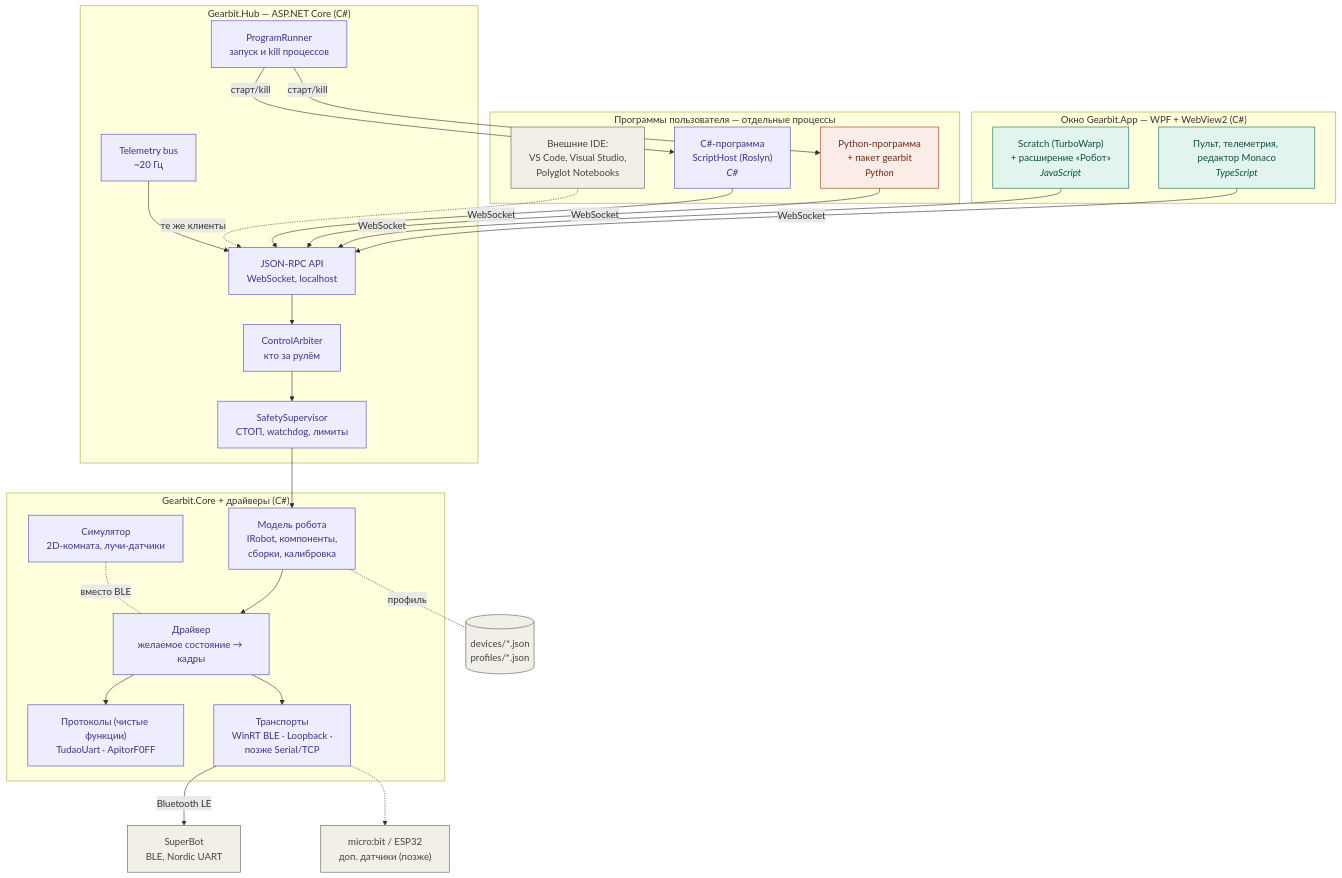
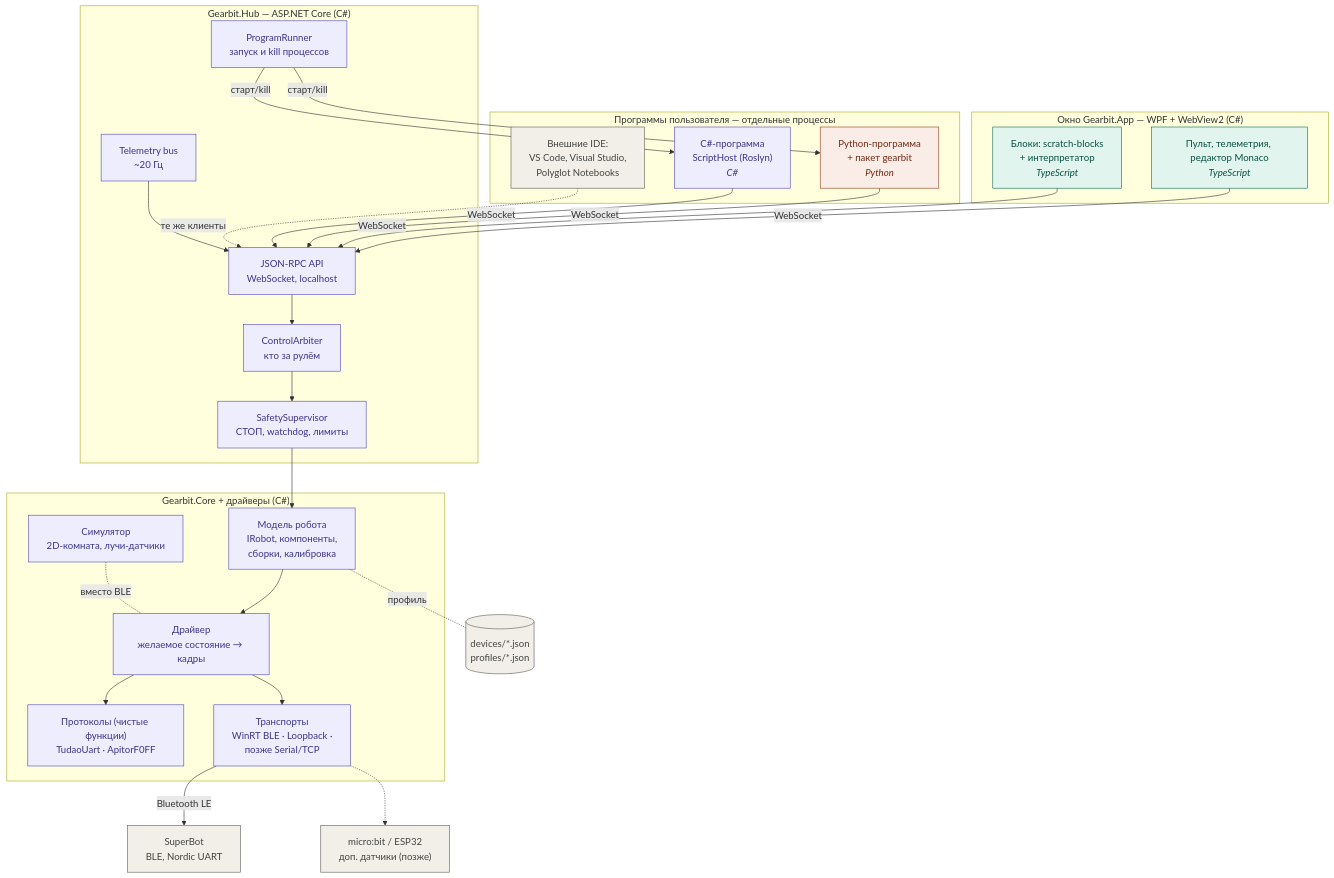
The first of 3 diagrams in docs/ARCHITECTURE.md (EugeneSoftwareDeveloper/Gearbit), drawn with Mermaid before and after one commit. The commit also changed other lines of this file and 34 other files, not shown here.

First line of the commit message:
Вкладка «Блоки»: программирование робота блоками в стиле Scratch

````diff
--- a/docs/ARCHITECTURE.md
+++ b/docs/ARCHITECTURE.md
@@ -9,55 +9,55 @@
 ```mermaid
 flowchart TB
     subgraph WIN["Окно Gearbit.App — WPF + WebView2 (C#)"]
         UI["Пульт, телеметрия, редактор Monaco<br/><i>TypeScript</i>"]
-        SCR["Scratch (TurboWarp)<br/>+ расширение «Робот»<br/><i>JavaScript</i>"]
+        SCR["Блоки: scratch-blocks<br/>+ интерпретатор<br/><i>TypeScript</i>"]
     end
 
     subgraph PROC["Программы пользователя — отдельные процессы"]
         PY["Python-программа<br/>+ пакет gearbit<br/><i>Python</i>"]
         CS["C#-программа<br/>ScriptHost (Roslyn)<br/><i>C#</i>"]
         IDE["Внешние IDE:<br/>VS Code, Visual Studio,<br/>Polyglot Notebooks"]
     end
 
     subgraph HUB["Gearbit.Hub — ASP.NET Core (C#)"]
         RPC["JSON-RPC API<br/>WebSocket, localhost"]
         ARB["ControlArbiter<br/>кто за рулём"]
         SAFE["SafetySupervisor<br/>СТОП, watchdog, лимиты"]
         TEL["Telemetry bus<br/>~20 Гц"]
         RUN["ProgramRunner<br/>запуск и kill процессов"]
     end
 
     subgraph CORE["Gearbit.Core + драйверы (C#)"]
         MODEL["Модель робота<br/>IRobot, компоненты,<br/>сборки, калибровка"]
         DRV["Драйвер<br/>желаемое состояние → кадры"]
         PROTO["Протоколы (чистые функции)<br/>TudaoUart · ApitorF0FF"]
         TR["Транспорты<br/>WinRT BLE · Loopback ·<br/>позже Serial/TCP"]
         SIM["Симулятор<br/>2D-комната, лучи-датчики"]
     end
 
     JSON[("devices/*.json<br/>profiles/*.json")]
     BOT["SuperBot<br/>BLE, Nordic UART"]
     EXT["micro:bit / ESP32<br/>доп. датчики (позже)"]
 
     UI & SCR -->|WebSocket| RPC
     PY & CS -->|WebSocket| RPC
     IDE -.->|те же клиенты| RPC
     RPC --> ARB --> SAFE --> MODEL
     TEL --> RPC
     RUN -->|старт/kill| PY & CS
     MODEL --> DRV --> PROTO
     DRV --> TR
     MODEL -. профиль .- JSON
     TR -->|Bluetooth LE| BOT
     TR -.-> EXT
     SIM -. вместо BLE .- DRV
 
     classDef cs fill:#EEEDFE,stroke:#534AB7,color:#3C3489
     classDef ts fill:#E1F5EE,stroke:#0F6E56,color:#085041
     classDef py fill:#FAECE7,stroke:#993C1D,color:#712B13
     classDef data fill:#F1EFE8,stroke:#5F5E5A,color:#444441
     class RPC,ARB,SAFE,TEL,RUN,MODEL,DRV,PROTO,TR,SIM,CS cs
     class UI,SCR ts
     class PY py
     class JSON,BOT,EXT,IDE data
 ```
````
